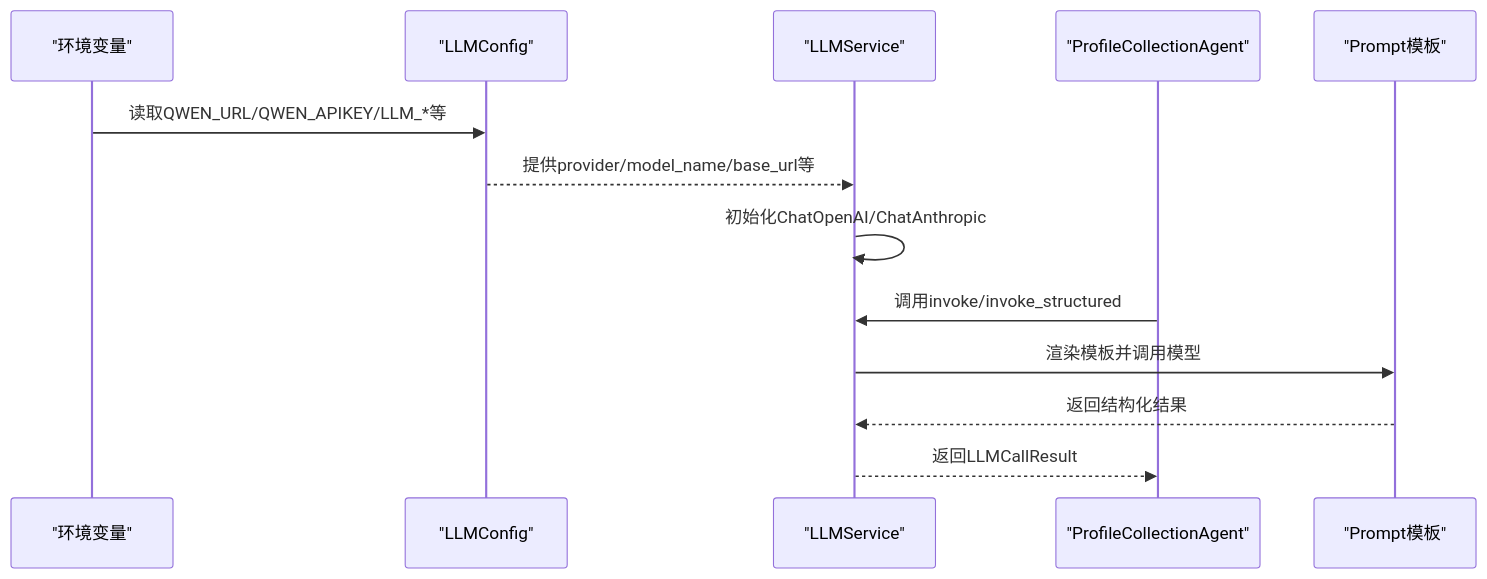
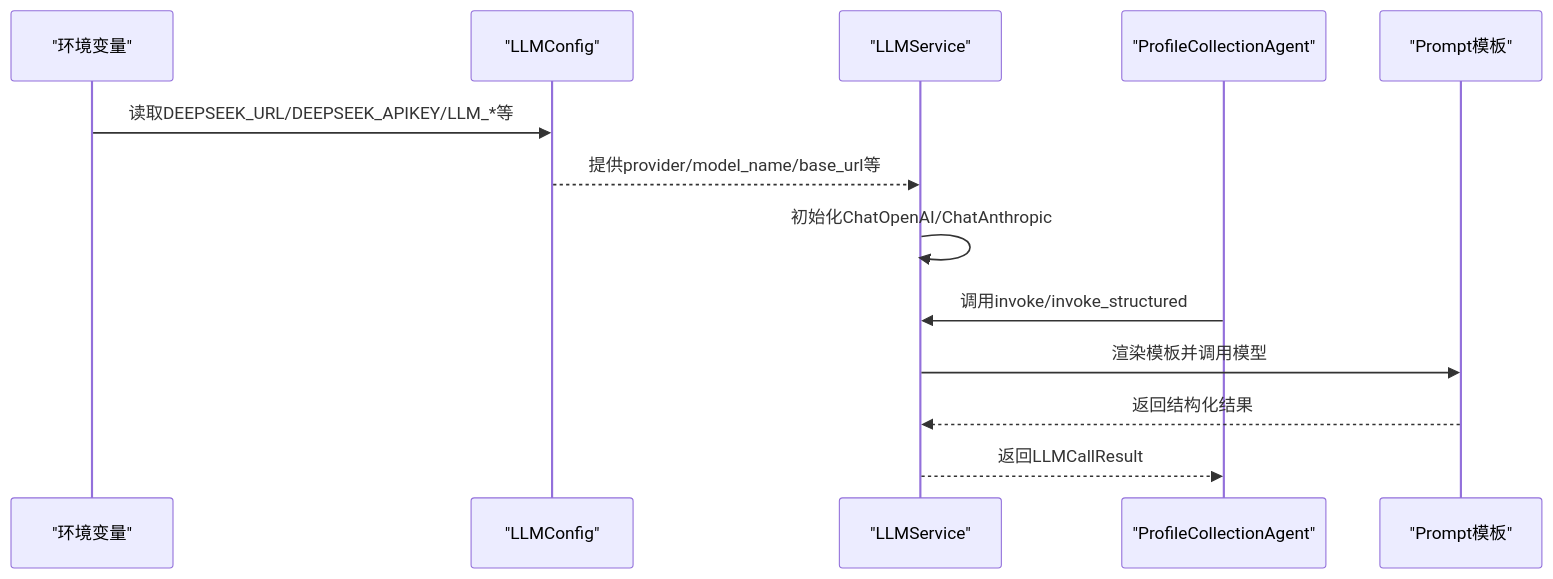
One commit to WangYiKai1017/zizuan changed the second of 6 diagrams in .qoder/repowiki/zh/content/服务层架构/服务配置管理.md. Above: the diagram before and after it, drawn with Mermaid. The commit also changed other lines of this file and 51 other files, not shown here.

````diff
--- a/.qoder/repowiki/zh/content/服务层架构/服务配置管理.md
+++ b/.qoder/repowiki/zh/content/服务层架构/服务配置管理.md
@@ -95,15 +95,15 @@
 ```mermaid
 sequenceDiagram
 participant Env as "环境变量"
 participant Cfg as "LLMConfig"
 participant Svc as "LLMService"
 participant Agent as "ProfileCollectionAgent"
 participant Prompt as "Prompt模板"
-Env->>Cfg : 读取QWEN_URL/QWEN_APIKEY/LLM_*等
+Env->>Cfg : 读取DEEPSEEK_URL/DEEPSEEK_APIKEY/LLM_*等
 Cfg-->>Svc : 提供provider/model_name/base_url等
 Svc->>Svc : 初始化ChatOpenAI/ChatAnthropic
 Agent->>Svc : 调用invoke/invoke_structured
 Svc->>Prompt : 渲染模板并调用模型
 Prompt-->>Svc : 返回结构化结果
 Svc-->>Agent : 返回LLMCallResult
 ```
````
